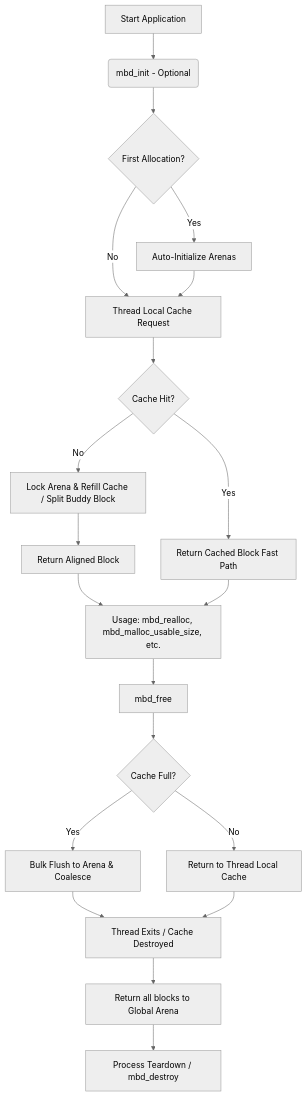
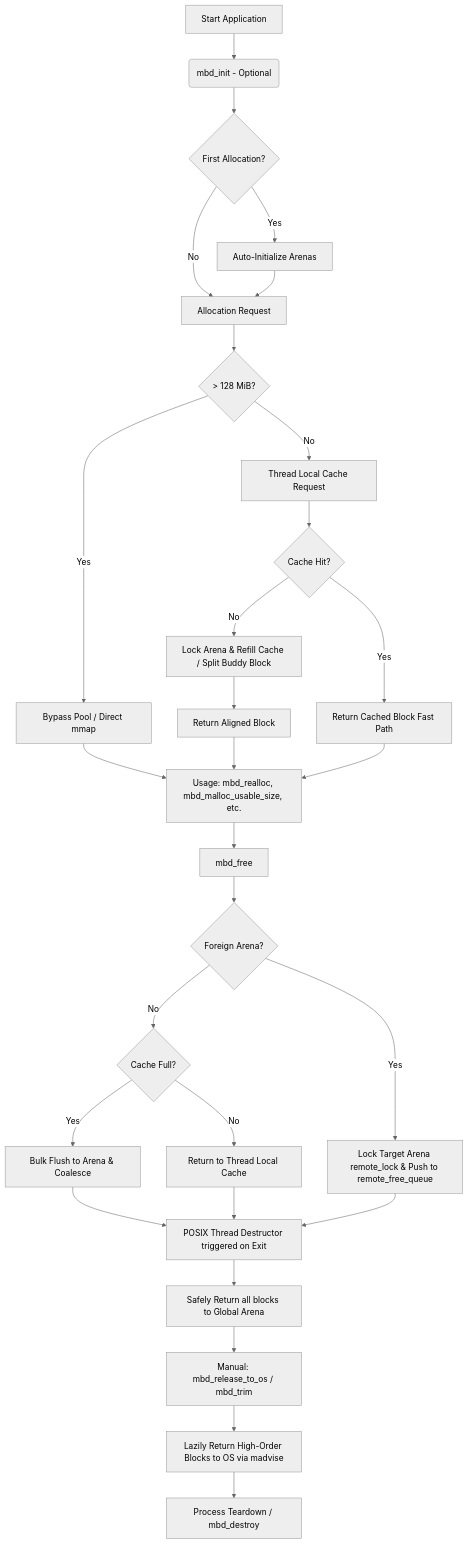
One commit to jmorel33/situation changed the diagram in sit/mybuddy/README.md. Above: the diagram before and after it, drawn with Mermaid (neutral theme). The commit also changed other lines of this file and 30 other files, not shown here.

````diff
--- a/sit/mybuddy/README.md
+++ b/sit/mybuddy/README.md
@@ -33,22 +35,31 @@
 ```mermaid
 flowchart TD
     A[Start Application] --> B(mbd_init - Optional)
     B --> C{First Allocation?}
     C -- Yes --> D[Auto-Initialize Arenas]
-    C -- No --> E
-    D --> E[Thread Local Cache Request]
-    E --> F{Cache Hit?}
+    C -- No --> E[Allocation Request]
+    D --> E
+    E --> V{> 128 MiB?}
+    V -- Yes --> W[Bypass Pool / Direct mmap]
+    V -- No --> X[Thread Local Cache Request]
+    X --> F{Cache Hit?}
     F -- Yes --> G[Return Cached Block Fast Path]
     F -- No --> H[Lock Arena & Refill Cache / Split Buddy Block]
     H --> I[Return Aligned Block]
+    W --> J
     I --> J[Usage: mbd_realloc, mbd_malloc_usable_size, etc.]
     G --> J
     J --> K[mbd_free]
-    K --> L{Cache Full?}
+    K --> Y{Foreign Arena?}
+    Y -- Yes --> Z[Lock Target Arena remote_lock & Push to remote_free_queue]
+    Y -- No --> L{Cache Full?}
     L -- Yes --> M[Bulk Flush to Arena & Coalesce]
     L -- No --> N[Return to Thread Local Cache]
     M --> O
-    N --> O[Thread Exits / Cache Destroyed]
-    O --> P[Return all blocks to Global Arena]
-    P --> Q[Process Teardown / mbd_destroy]
+    N --> O[POSIX Thread Destructor triggered on Exit]
+    Z --> O
+    O --> P[Safely Return all blocks to Global Arena]
+    P --> R[Manual: mbd_release_to_os / mbd_trim]
+    R --> S[Lazily Return High-Order Blocks to OS via madvise]
+    S --> Q[Process Teardown / mbd_destroy]
 ```
````
